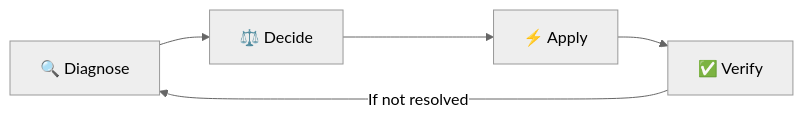
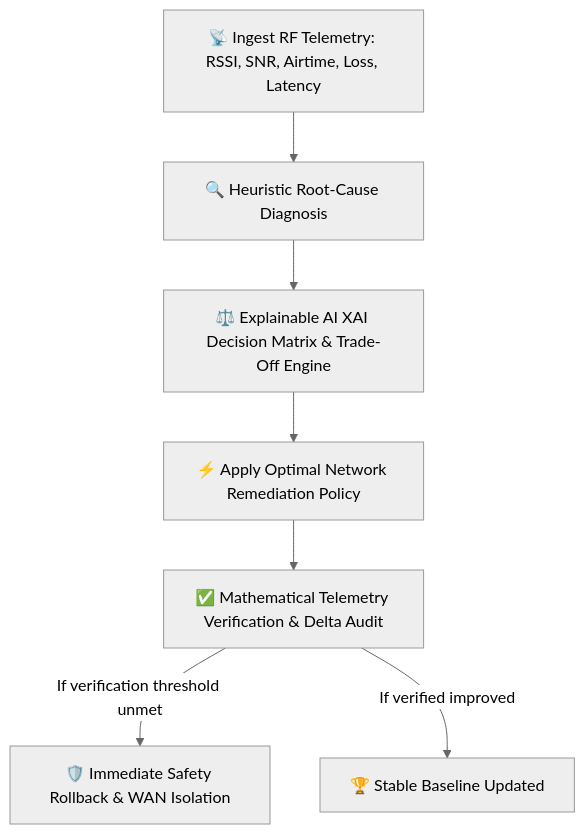
The diagram in README.md (likhithchowdarynuvvula22-hash/wifi), drawn with Mermaid (neutral theme) before and after one commit. The commit also changed other lines of this file and 9 other files, not shown here.

Commit message:
feat: add comprehensive Vitest testing suite, in-app test runner, Explainable AI decision matrix, and Auto-Pilot mode

````diff
--- a/README.md
+++ b/README.md
@@ -13,7 +16,9 @@
 ```mermaid
-graph LR
-    A[🔍 Diagnose] --> B[⚖️ Decide]
-    B --> C[⚡ Apply]
-    C --> D[✅ Verify]
-    D -->|If not resolved| A
+graph TD
+    A[📡 Ingest RF Telemetry: RSSI, SNR, Airtime, Loss, Latency] --> B[🔍 Heuristic Root-Cause Diagnosis]
+    B --> C[⚖️ Explainable AI XAI Decision Matrix & Trade-Off Engine]
+    C --> D[⚡ Apply Optimal Network Remediation Policy]
+    D --> E[✅ Mathematical Telemetry Verification & Delta Audit]
+    E -->|If verification threshold unmet| F[🛡️ Immediate Safety Rollback & WAN Isolation]
+    E -->|If verified improved| G[🏆 Stable Baseline Updated]
 ```
````
